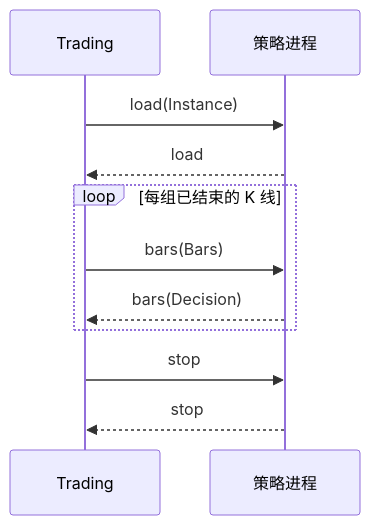
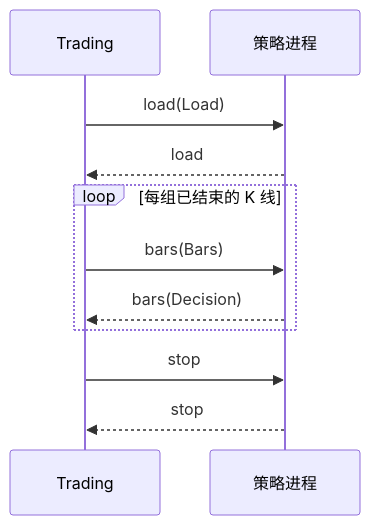
Before and after one commit to isqiwen/asterion-terminal: the second of 2 diagrams in docs/protocol.md, drawn with Mermaid. The commit also changed other lines of this file and 8 other files, not shown here.

````diff
--- a/docs/protocol.md
+++ b/docs/protocol.md
@@ -200,13 +200,13 @@
 ```mermaid
 sequenceDiagram
     participant Trading
     participant Child as 策略进程
-    Trading->>Child: load(Instance)
+    Trading->>Child: load(Load)
     Child-->>Trading: load
     loop 每组已结束的 K 线
         Trading->>Child: bars(Bars)
         Child-->>Trading: bars(Decision)
     end
     Trading->>Child: stop
     Child-->>Trading: stop
 ```
````
